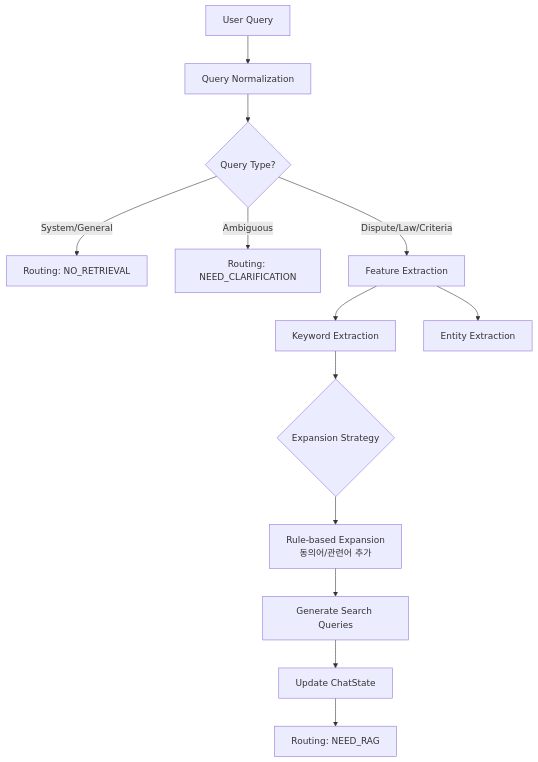
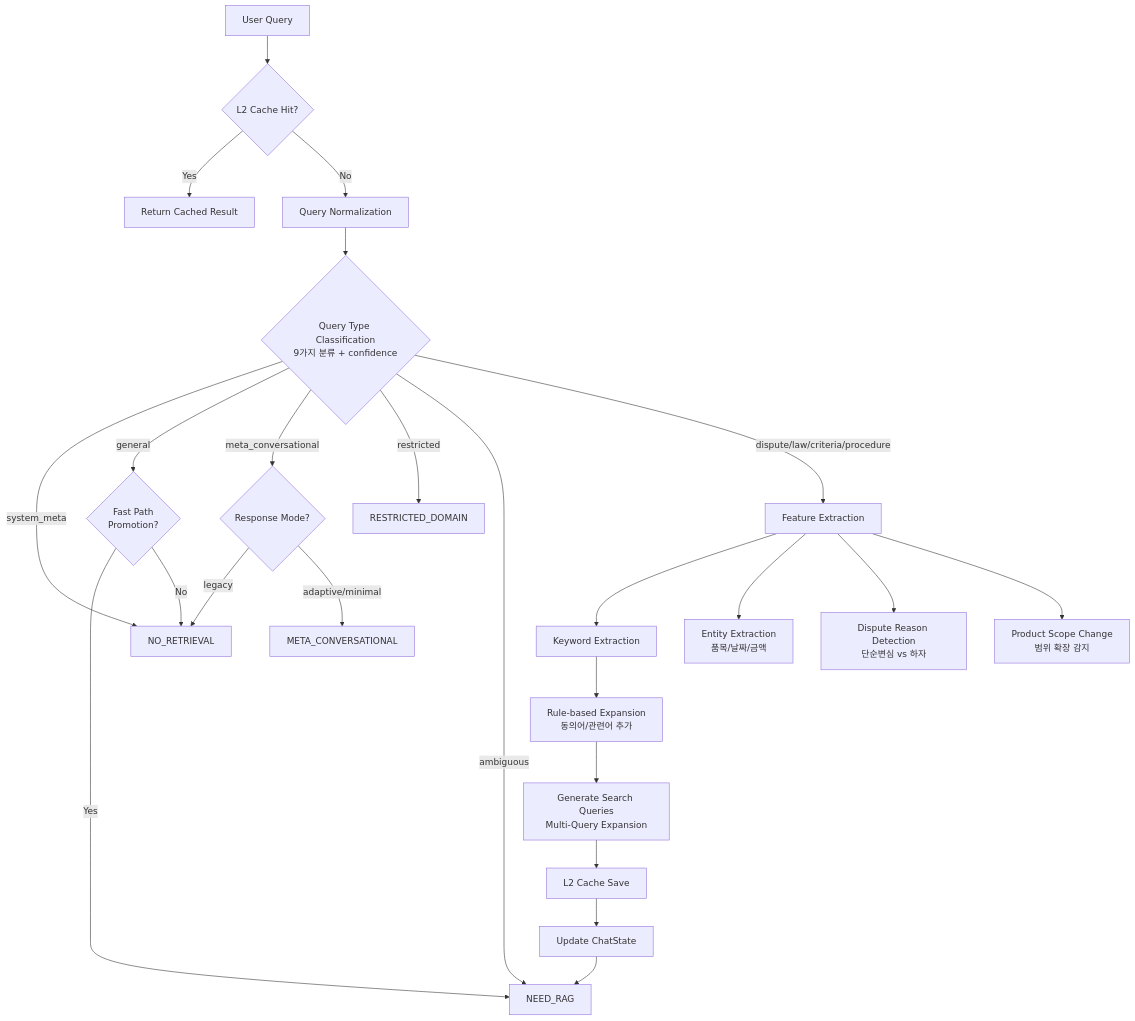
The first of 2 diagrams in backend/app/agents/query_analysis/README.md (Maroco0109/Ddoksori), drawn with Mermaid before and after one commit. The commit also changed other lines of this file and 9 other files, not shown here.

````diff
--- a/backend/app/agents/query_analysis/README.md
+++ b/backend/app/agents/query_analysis/README.md
@@ -20,20 +52,31 @@
 ```mermaid
 flowchart TD
-    UserQuery[User Query] --> Normalize[Query Normalization]
-    Normalize --> Classify{Query Type?}
-    
-    Classify -- System/General --> NoRetrieval[Routing: NO_RETRIEVAL]
-    Classify -- Ambiguous --> Clarify[Routing: NEED_CLARIFICATION]
-    Classify -- Dispute/Law/Criteria --> Extract[Feature Extraction]
-    
+    UserQuery[User Query] --> CacheCheck{L2 Cache Hit?}
+    CacheCheck -- Yes --> ReturnCached[Return Cached Result]
+    CacheCheck -- No --> Normalize[Query Normalization]
+
+    Normalize --> Classify{Query Type Classification<br/>9가지 분류 + confidence}
+
+    Classify -- system_meta --> NoRetrieval[NO_RETRIEVAL]
+    Classify -- general --> FastPath{Fast Path<br/>Promotion?}
+    FastPath -- Yes --> NeedRAG[NEED_RAG]
+    FastPath -- No --> NoRetrieval
+    Classify -- meta_conversational --> MetaConv{Response Mode?}
+    MetaConv -- legacy --> NoRetrieval
+    MetaConv -- adaptive/minimal --> MetaConversational[META_CONVERSATIONAL]
+    Classify -- restricted --> Restricted[RESTRICTED_DOMAIN]
+    Classify -- ambiguous --> NeedRAG
+    Classify -- dispute/law/criteria/procedure --> Extract[Feature Extraction]
+
     Extract --> Keywords[Keyword Extraction]
-    Extract --> Entities[Entity Extraction]
-    
-    Keywords --> Expansion{Expansion Strategy}
-    Expansion --> RuleExpansion[Rule-based Expansion<br/>동의어/관련어 추가]
+    Extract --> Entities[Entity Extraction<br/>품목/날짜/금액]
+    Extract --> DisputeReason[Dispute Reason Detection<br/>단순변심 vs 하자]
+    Extract --> ScopeChange[Product Scope Change<br/>범위 확장 감지]
 
-    RuleExpansion --> SearchQueries[Generate Search Queries]
+    Keywords --> RuleExpansion[Rule-based Expansion<br/>동의어/관련어 추가]
+    RuleExpansion --> SearchQueries[Generate Search Queries<br/>Multi-Query Expansion]
 
-    SearchQueries --> FinalState[Update ChatState]
-    FinalState --> NextNode[Routing: NEED_RAG]
+    SearchQueries --> CacheSave[L2 Cache Save]
+    CacheSave --> FinalState[Update ChatState]
+    FinalState --> NeedRAG
 ```
````
